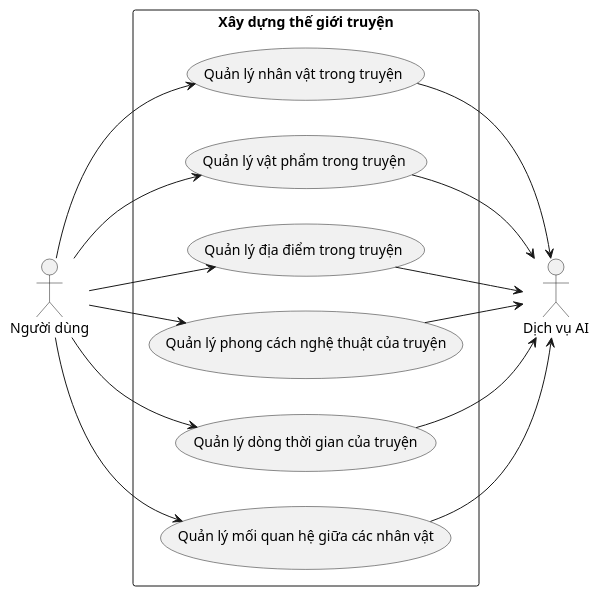
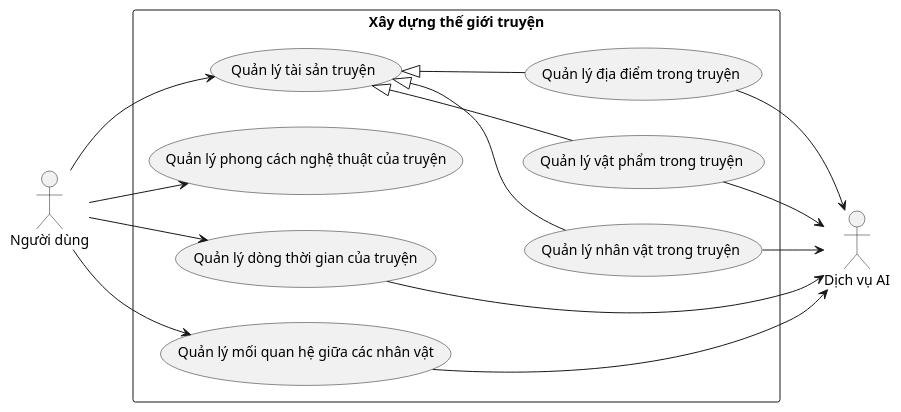
The diagram in docs/bieu-do-uc/bieu-do-uc-chi-tiet/setup/xay-dung-the-gioi-truyen.puml (202416852-anhpv/story2video-docs), drawn with PlantUML before and after one commit. The commit also changed 1 other file, not shown here.

```diff
--- a/docs/bieu-do-uc/bieu-do-uc-chi-tiet/setup/xay-dung-the-gioi-truyen.puml
+++ b/docs/bieu-do-uc/bieu-do-uc-chi-tiet/setup/xay-dung-the-gioi-truyen.puml
@@ -1,30 +1,32 @@
 @startuml xay-dung-the-gioi-truyen
 left to right direction
 
 actor "Người dùng" as User
 actor "Dịch vụ AI" as AI_Service
 
 rectangle "Xây dựng thế giới truyện" {
+    usecase "Quản lý tài sản truyện" as UC_Assets
     usecase "Quản lý nhân vật trong truyện" as UC_01
     usecase "Quản lý vật phẩm trong truyện" as UC_02
     usecase "Quản lý địa điểm trong truyện" as UC_03
     usecase "Quản lý phong cách nghệ thuật của truyện" as UC_04
     usecase "Quản lý dòng thời gian của truyện" as UC_05
     usecase "Quản lý mối quan hệ giữa các nhân vật" as UC_06
 }
 
-User --> UC_01
-User --> UC_02
-User --> UC_03
+User --> UC_Assets
+UC_Assets <|-- UC_01
+UC_Assets <|-- UC_02
+UC_Assets <|-- UC_03
+
 User --> UC_04
 User --> UC_05
 User --> UC_06
 
 UC_01 --> AI_Service
 UC_02 --> AI_Service
 UC_03 --> AI_Service
-UC_04 --> AI_Service
 UC_05 --> AI_Service
 UC_06 --> AI_Service
 
 @enduml
```
